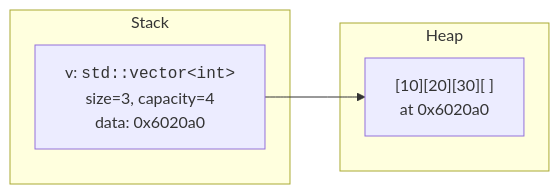
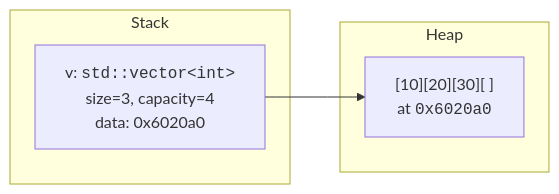
The second of 2 diagrams in content/learn/from-zero-to-cpp/arrays-and-strings.mdx (dataslope/dataslope), drawn with Mermaid before and after one commit. The commit also changed 100 other files, not shown here.

First line of the commit message:
Wrap more code in diagram labels: filenames, hex, assignments, subgraph titles

````diff
--- a/content/learn/from-zero-to-cpp/arrays-and-strings.mdx
+++ b/content/learn/from-zero-to-cpp/arrays-and-strings.mdx
@@ -109,10 +109,10 @@
 ```mermaid
 flowchart LR
     subgraph Stack
         V["v: <code>std::vector&lt;int&gt;</code><br/>size=3, capacity=4<br/>data: 0x6020a0"]
     end
     subgraph Heap
-        H["[10][20][30][ ]<br/>at 0x6020a0"]
+        H["[10][20][30][ ]<br/>at <code>0x6020a0</code>"]
     end
     V --> H
 ```
````
